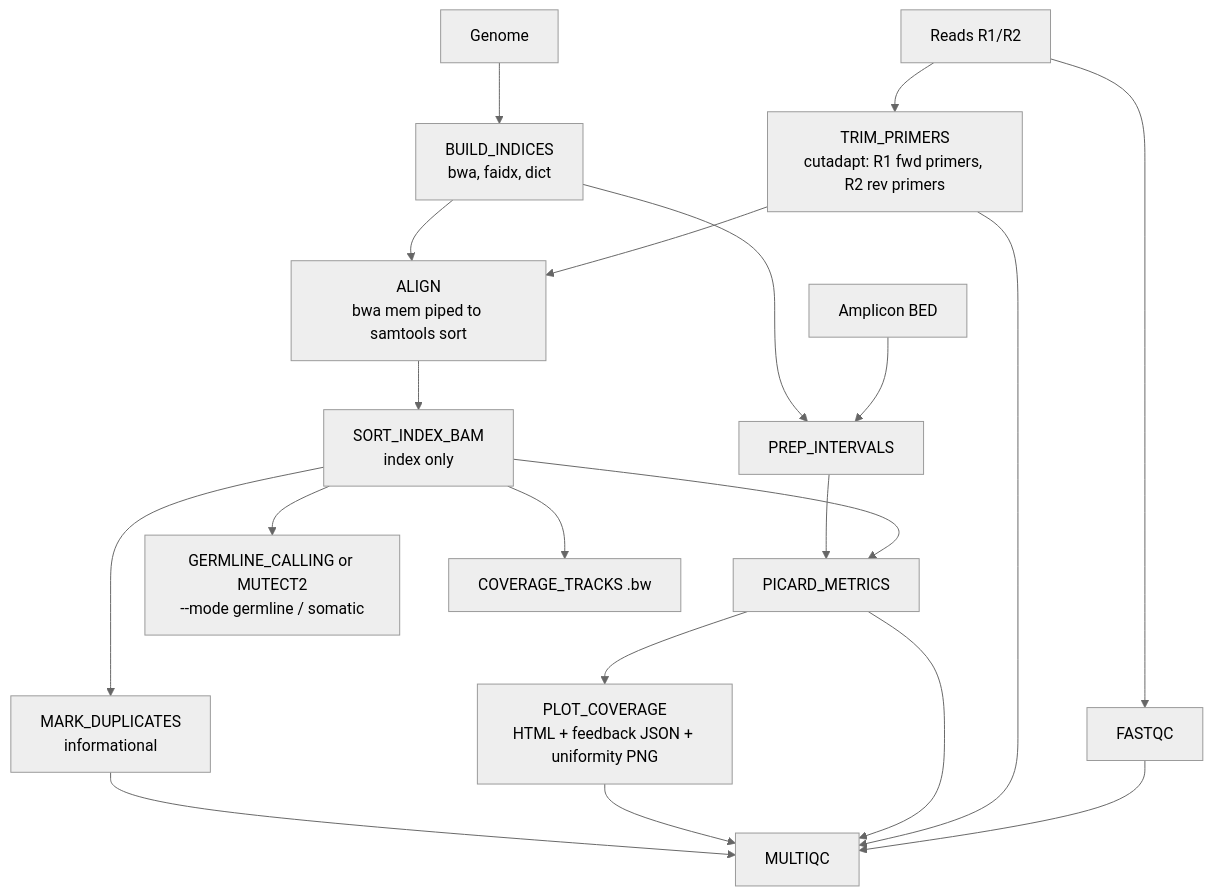
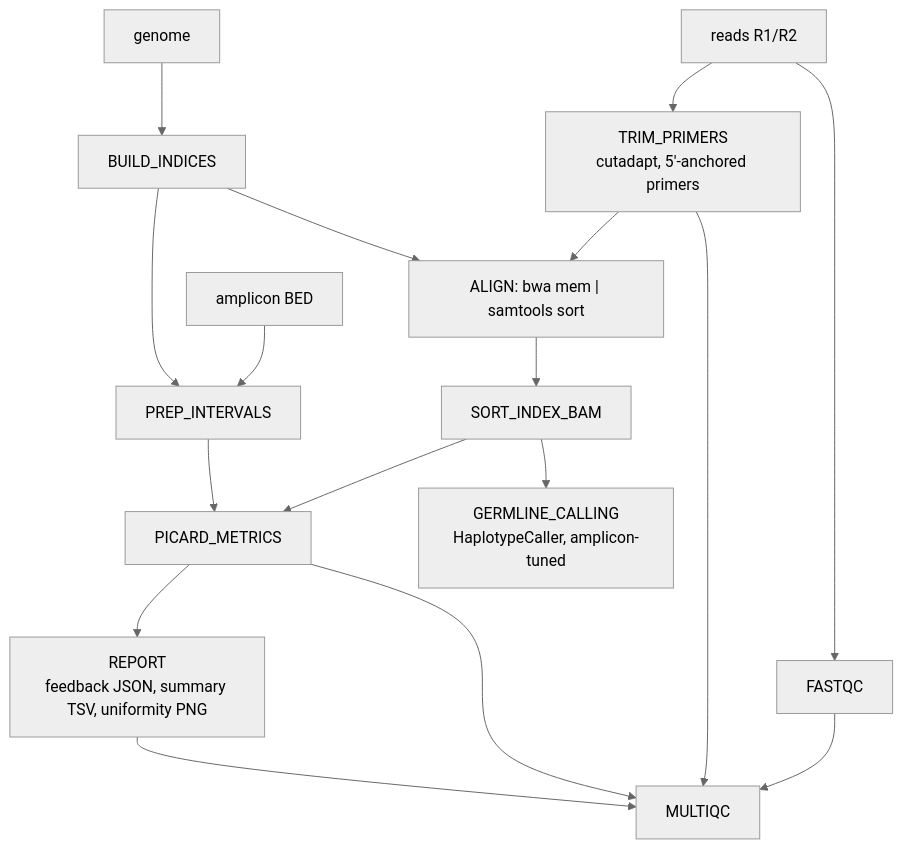
Before and after one commit to AHumanBrain/my_amplicon_project: the fourth of 8 diagrams in README.md, drawn with Mermaid (neutral theme). The commit also changed other lines of this file, not shown here.

````diff
--- a/README.md
+++ b/README.md
@@ -148,18 +114,16 @@
 ```mermaid
 flowchart TD
-    R["Reads R1/R2"] --> FQ["FASTQC"]
-    R --> TR["TRIM_PRIMERS<br/>cutadapt: R1 fwd primers, R2 rev primers"]
-    GN["Genome"] --> BI["BUILD_INDICES<br/>bwa, faidx, dict"]
-    BED["Amplicon BED"] --> PI["PREP_INTERVALS"]
+    R["reads R1/R2"] --> FQ["FASTQC"]
+    R --> TR["TRIM_PRIMERS<br/>cutadapt, 5'-anchored primers"]
+    GN["genome"] --> BI["BUILD_INDICES"]
+    BED["amplicon BED"] --> PI["PREP_INTERVALS"]
     BI --> PI
-    TR --> AL["ALIGN<br/>bwa mem piped to samtools sort"]
+    TR --> AL["ALIGN: bwa mem | samtools sort"]
     BI --> AL
-    AL --> SI["SORT_INDEX_BAM<br/>index only"]
-    SI --> MD["MARK_DUPLICATES<br/>informational"]
+    AL --> SI["SORT_INDEX_BAM"]
     SI --> PM["PICARD_METRICS"]
     PI --> PM
-    SI --> VC["GERMLINE_CALLING or MUTECT2<br/>--mode germline / somatic"]
-    SI --> BW["COVERAGE_TRACKS .bw"]
-    PM --> PC["PLOT_COVERAGE<br/>HTML + feedback JSON + uniformity PNG"]
-    FQ & TR & PM & PC & MD --> MQ["MULTIQC"]
+    SI --> VC["GERMLINE_CALLING<br/>HaplotypeCaller, amplicon-tuned"]
+    PM --> RP["REPORT<br/>feedback JSON, summary TSV, uniformity PNG"]
+    FQ & TR & PM & RP --> MQ["MULTIQC"]
 ```
````
